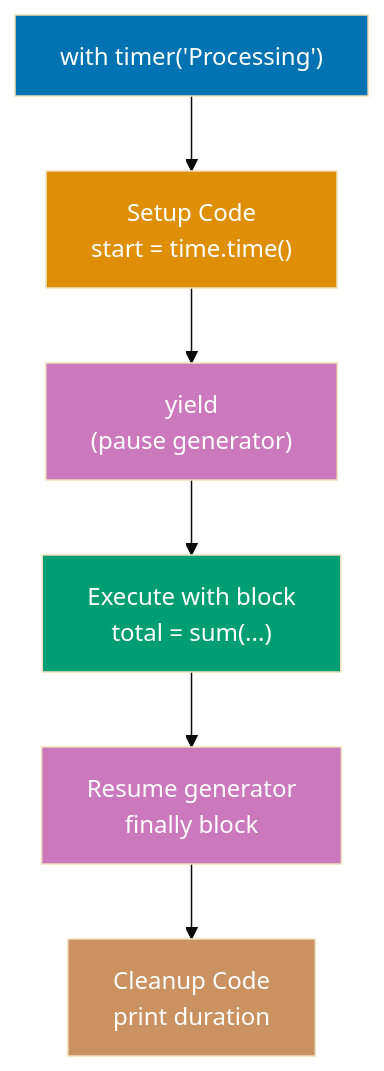
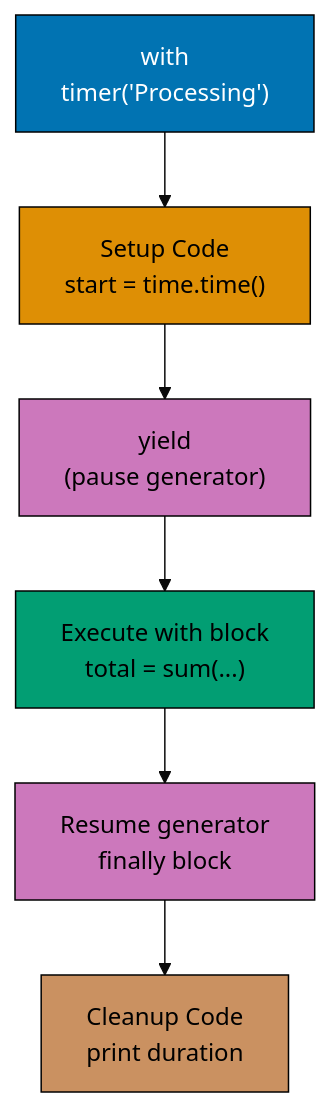
Before and after one commit to wahidyankf/ose-public: the fifth of 10 diagrams in apps/ayokoding-www/content/en/learn/legacy/software-engineering/programming-languages/python/by-example/intermediate.md, drawn with Mermaid (base theme). The commit also changed other lines of this file and 112 other files, not shown here.

First line of the commit message:
fix(mermaid): bring the legacy programming-languages diagrams onto the accessible palette

````diff
--- a/apps/ayokoding-www/content/en/learn/legacy/software-engineering/programming-languages/python/by-example/intermediate.md
+++ b/apps/ayokoding-www/content/en/learn/legacy/software-engineering/programming-languages/python/by-example/intermediate.md
@@ -323,16 +342,24 @@
 ```mermaid
 %% Contextlib setup-yield-cleanup flow
 graph TD
-    A["with timer('Processing')"] --> B["Setup Code<br/>start = time.time()"]
+    accTitle: Example 34: contextlib for Simple Context Managers
+    accDescr: Graph with 6 nodes and 5 connections. Nodes: with timer(Processing), Setup Code start = time.time(), yield (pause generator), Execute with block total = sum(...), Resume generator finally block, Cleanup Code print duration. Connections: with timer(Processing) to Setup Code start = time.time(), Setup Code start = time.time() to yield (pause generator), yield (pause generator) to Execute with block total = sum(...), Execute with block total = sum(...) to Resume generator finally block, Resume generator finally block to Cleanup Code print duration.
+    A["with<br/>timer('Processing')"] --> B["Setup Code<br/>start = time.time()"]
     B --> C["yield<br/>(pause generator)"]
     C --> D["Execute with block<br/>total = sum(...)"]
     D --> E["Resume generator<br/>finally block"]
     E --> F["Cleanup Code<br/>print duration"]
 
-    style A fill:#0173B2,color:#fff
-    style B fill:#DE8F05,color:#fff
-    style C fill:#CC78BC,color:#fff
-    style D fill:#029E73,color:#fff
-    style E fill:#CC78BC,color:#fff
-    style F fill:#CA9161,color:#fff
+    classDef pal-0173B2 fill:#0173B2,stroke:#000000,color:#FFFFFF
+    class A pal-0173B2
+    classDef pal-DE8F05 fill:#DE8F05,stroke:#000000,color:#000000
+    class B pal-DE8F05
+    classDef pal-CC78BC fill:#CC78BC,stroke:#000000,color:#000000
+    class C pal-CC78BC
+    classDef pal-029E73 fill:#029E73,stroke:#000000,color:#000000
+    class D pal-029E73
+    class E pal-CC78BC
+    classDef pal-CA9161 fill:#CA9161,stroke:#000000,color:#000000
+    class F pal-CA9161
+    classDef default fill:#FFFFFF,stroke:#000000,color:#000000
 ```
````
